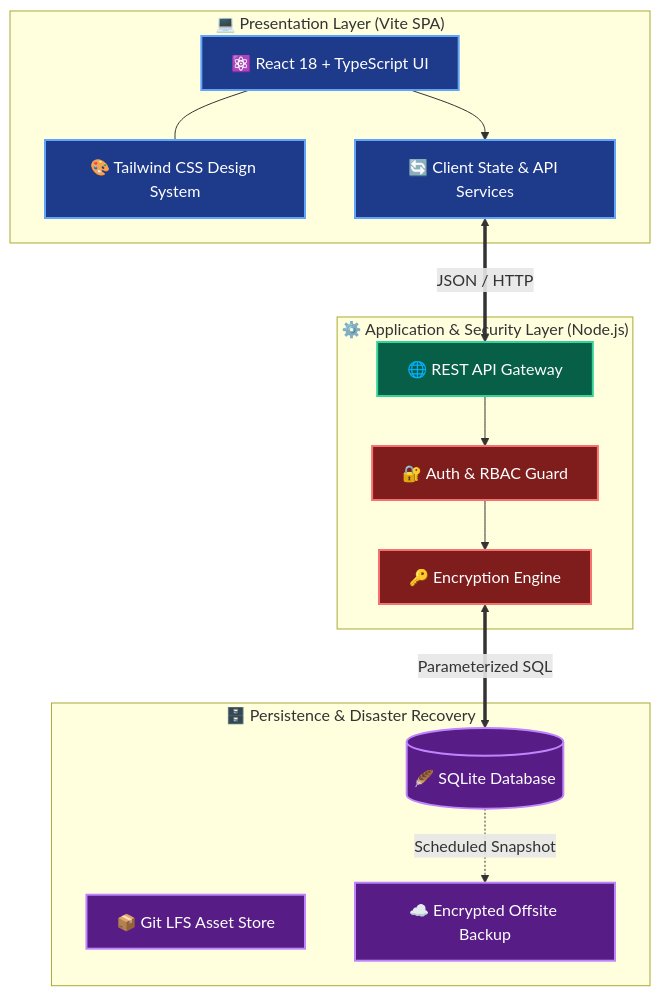
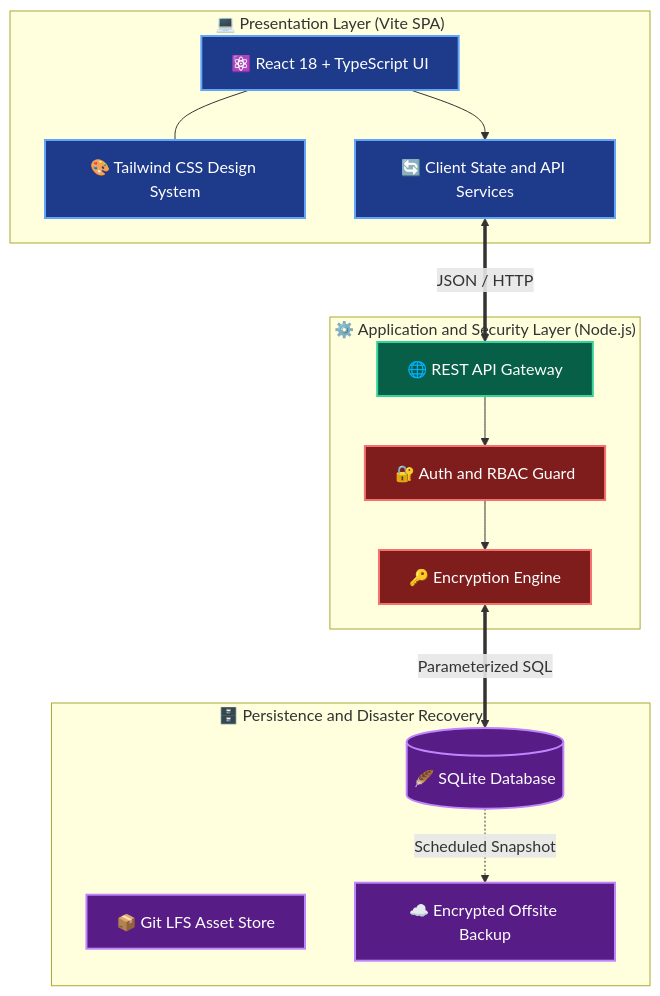
The first of 2 diagrams in README.md (Adamnazeri/campusos), drawn with Mermaid before and after one commit. The commit also changed other lines of this file, not shown here.

````diff
--- a/README.md
+++ b/README.md
@@ -88,33 +88,33 @@
 ```mermaid
 flowchart TB
     classDef client fill:#1e3a8a,stroke:#60a5fa,stroke-width:2px,color:#ffffff
     classDef api fill:#065f46,stroke:#34d399,stroke-width:2px,color:#ffffff
     classDef db fill:#581c87,stroke:#c084fc,stroke-width:2px,color:#ffffff
     classDef sec fill:#7f1d1d,stroke:#f87171,stroke-width:2px,color:#ffffff
 
     subgraph ClientLayer ["💻 Presentation Layer (Vite SPA)"]
         UI["⚛️ React 18 + TypeScript UI"]:::client
         TW["🎨 Tailwind CSS Design System"]:::client
-        STATE["🔄 Client State & API Services"]:::client
+        STATE["🔄 Client State and API Services"]:::client
     end
 
-    subgraph ServerLayer ["⚙️ Application & Security Layer (Node.js)"]
+    subgraph ServerLayer ["⚙️ Application and Security Layer (Node.js)"]
         GATEWAY["🌐 REST API Gateway"]:::api
-        AUTH["🔐 Auth & RBAC Guard"]:::sec
+        AUTH["🔐 Auth and RBAC Guard"]:::sec
         CRYPTO["🔑 Encryption Engine"]:::sec
     end
 
-    subgraph DataLayer ["🗄️ Persistence & Disaster Recovery"]
+    subgraph DataLayer ["🗄️ Persistence and Disaster Recovery"]
         SQLITE[("🪶 SQLite Database")]:::db
         LFS["📦 Git LFS Asset Store"]:::db
         BACKUP["☁️ Encrypted Offsite Backup"]:::db
     end
 
     UI --- TW
     UI --> STATE
     STATE <==>|"JSON / HTTP"| GATEWAY
     GATEWAY --> AUTH
     AUTH --> CRYPTO
     CRYPTO <==>|"Parameterized SQL"| SQLITE
     SQLITE -.->|"Scheduled Snapshot"| BACKUP
 ```
````
